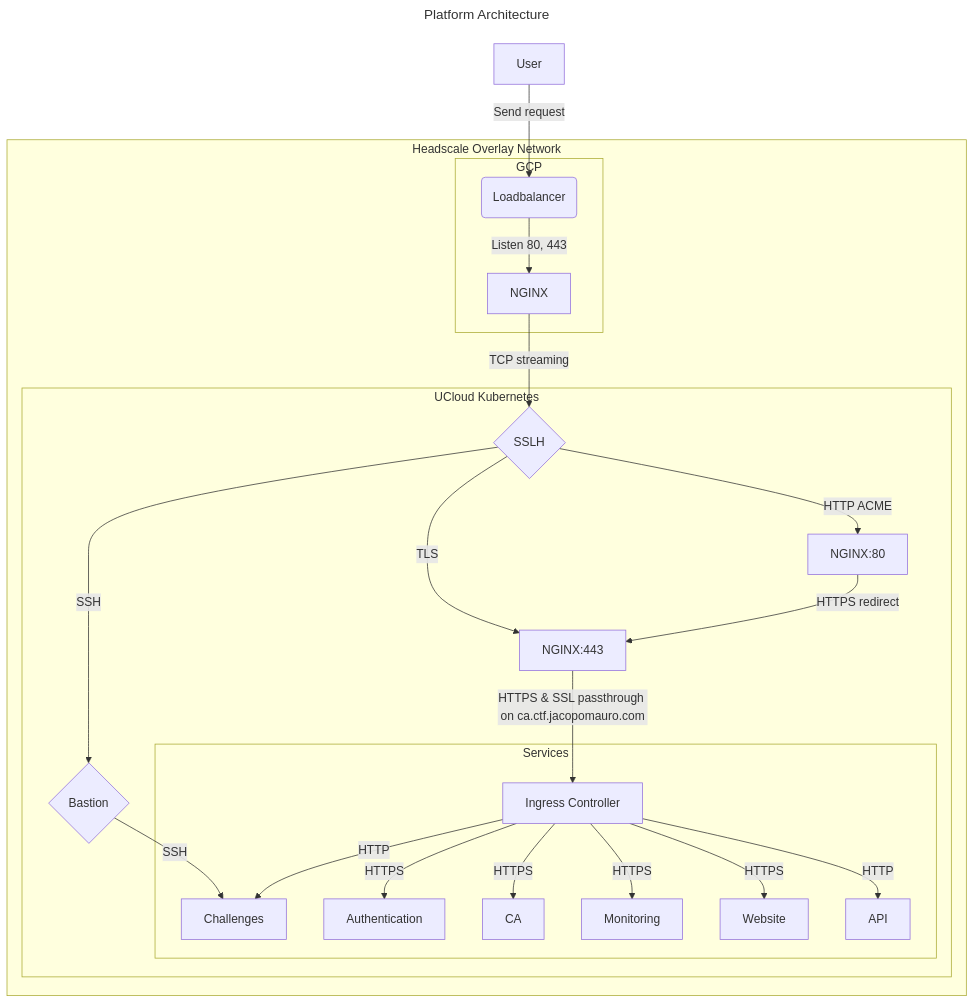
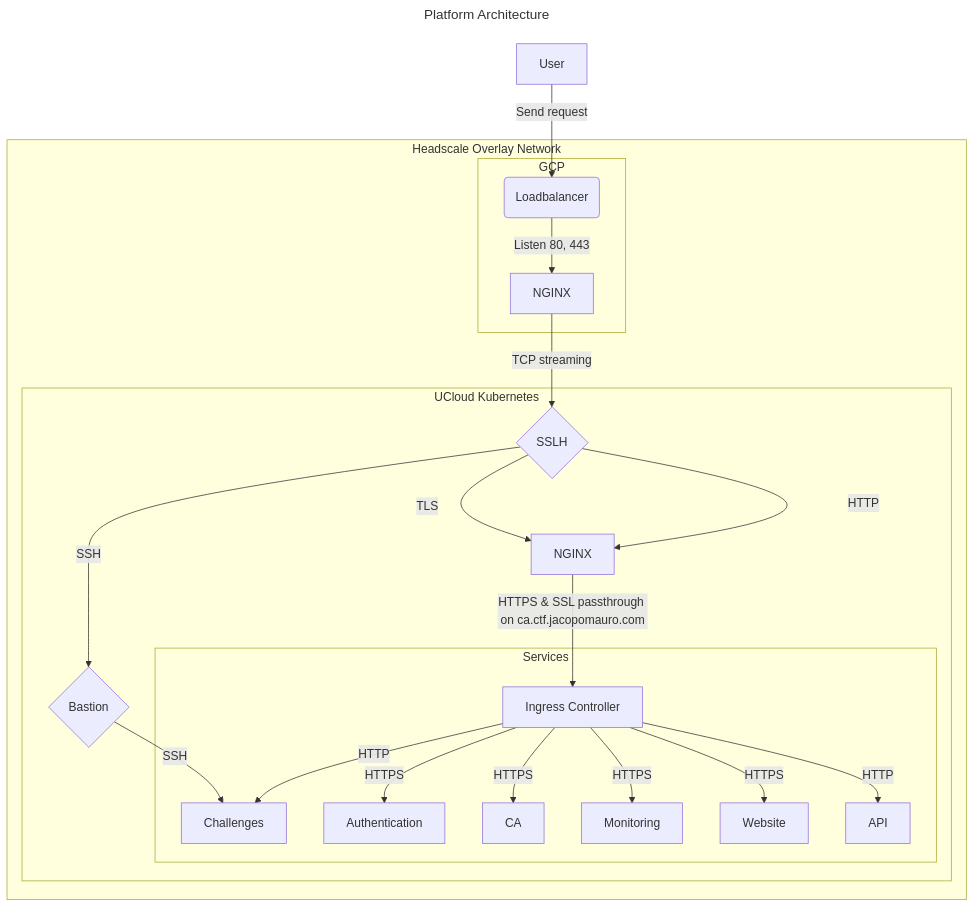
Before and after one commit to mattrent/CTF-Platform: the diagram in README.md, drawn with Mermaid.

Commit message:
update mermaid

````diff
--- a/README.md
+++ b/README.md
@@ -62,29 +62,28 @@
 ```mermaid
 ---
 title: Platform Architecture
 ---
 graph TD
     A[User] -->|Send request| B(Loadbalancer)
 subgraph Headscale Overlay Network
 subgraph GCP
     B -->|Listen 80, 443| C[NGINX]
 end
 subgraph UCloud Kubernetes
     C -->|TCP streaming| J{SSLH}
     J -->|SSH| K{Bastion}
-    J -->|TLS| L[NGINX:443]
-    J -->|HTTP ACME| M[NGINX:80]
+    J -->|TLS| L[NGINX]
+    J -->|HTTP| L
     K -->|SSH| E[Challenges]
     L -->|HTTPS & SSL passthrough on ca.ctf.jacopomauro.com| G[Ingress Controller]
-    M -->| HTTPS redirect | L
 subgraph Services
     G -->|HTTPS| H[Authentication]
     G -->|HTTPS| I[CA]
     G -->|HTTP| E
     G -->|HTTPS| F[Monitoring]
     G -->|HTTPS| O[Website]
     G -->|HTTP| P[API]
 end
 end
 end
 ```
````
